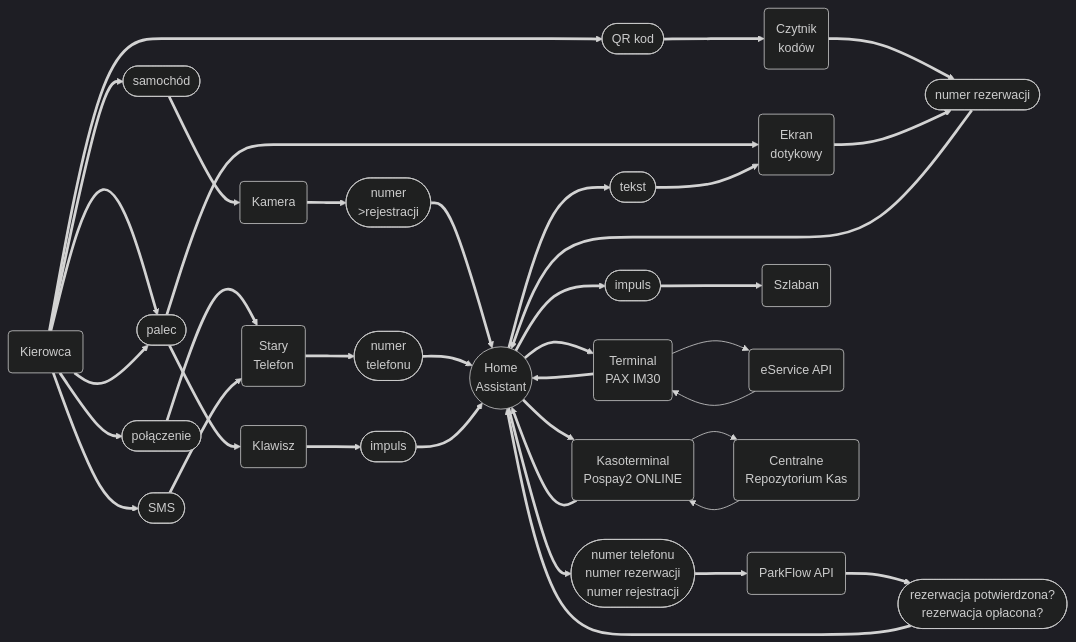
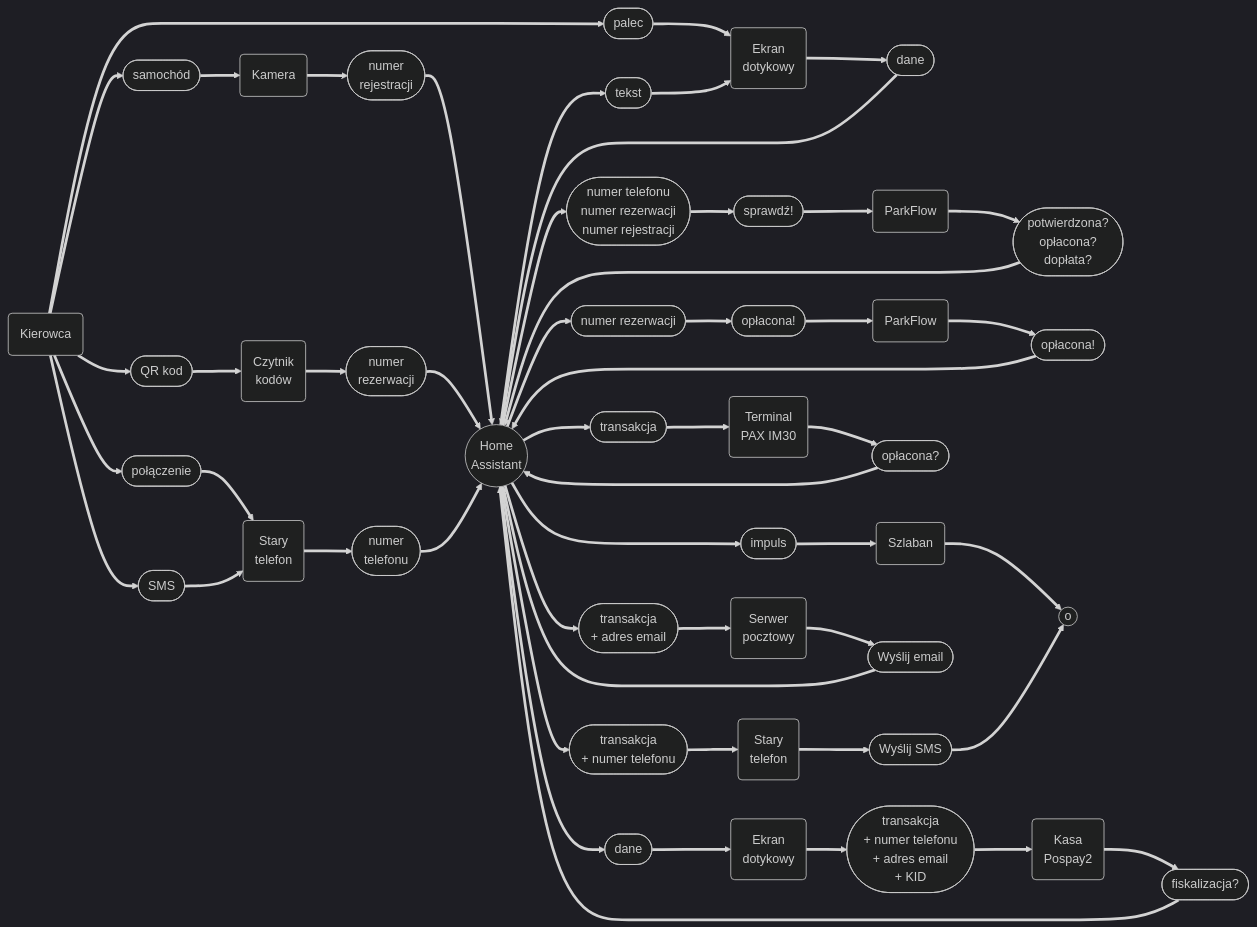
One commit to gaman-pl/park-pal changed the second of 2 diagrams in README.md. Above: the diagram before and after it, drawn with Mermaid (dark theme). The commit also changed other lines of this file, not shown here.

Commit message:
Korekty do szlabanu wjazdowego i rozszerzenie do szlabanu wyjazdowego

````diff
--- a/README.md
+++ b/README.md
@@ -40,26 +43,36 @@
 ```mermaid
 flowchart LR
     actor(Kierowca) ==> eCar([samochód]) ==> iCam(Kamera)
+    iCam ==> ePlate([numer<br />rejestracji]) ==> HA((Home<br />Assistant))
+    
     actor ==> eCode([QR kod]) ==> iQR(Czytnik<br />kodów)
+    iQR ==> eID([numer<br />rezerwacji]) ==> HA
+    
     actor ==> eFinger([palec]) ==> iTS(Ekran<br />dotykowy)
-    actor ==> eFinger ==> iBP(Klawisz)
-    actor ==> ePhone([połączenie]) ==> iPH(Komórka)
-    actor ==> eMess([SMS]) ==> iPH(Stary<br />Telefon)
-    iCam ==> ePlate([numer<br />>rejestracji]) ==> HA((Home<br />Assistant))
-    iQR ==> eID([numer rezerwacji]) ==> HA
-    iTS ==> eID
     HA ==> eReq([tekst]) ==> iTS
+    iTS ==> eText([dane]) ==> HA
+    
+    actor ==> ePhone([połączenie]) ==> iPH(Stary<br />telefon)
+    actor ==> eMess([SMS]) ==> iPH
     iPH ==> ePN([numer<br />telefonu]) ==> HA
-    iBP ==> eTrig1([impuls]) ==> HA
-    HA ==> eDS([numer telefonu<br />numer rezerwacji<br />numer rejestracji]) ==> apiPF(ParkFlow API)
-    apiPF ==> eRS([rezerwacja potwierdzona?<br />rezerwacja opłacona?]) ==> HA
-    HA ==> eTrig2([impuls]) ==> G(Szlaban)
-    HA ==> iTerm(Terminal<br />PAX IM30)
-    iTerm --> apiES(eService API)
-    apiES --> iTerm
-    iTerm ==> HA
-    HA ==> iCash(Kasoterminal<br />Pospay2 ONLINE)
-    iCash --> apiCRK(Centralne<br />Repozytorium Kas)
-    apiCRK --> iCash
-    iCash ==> HA
+    
+    HA ==> eDS1([numer telefonu<br />numer rezerwacji<br />numer rejestracji]) ==> eCom1([sprawdź!]) ==> apiPF(ParkFlow)
+    apiPF ==> eRS([potwierdzona?<br />opłacona?<br />dopłata?]) ==> HA
+
+    HA ==> eDS2([numer rezerwacji]) ==> eCom2([opłacona!]) ==> apiPF2(ParkFlow)
+    apiPF2 ==> eRS2([opłacona!]) ==> HA
+    
+    HA ==> eTrig2([impuls]) ==> G(Szlaban) ==> End((o))
+
+    HA ==> eReq1([transakcja<br />+ numer telefonu]) ==> iPH2(Stary<br />telefon)
+    iPH2 ==> eResp1([Wyślij SMS]) ==> End
+    
+    HA ==> eReq2([transakcja]) ==> iTerm(Terminal<br />PAX IM30)
+    iTerm ==> eResp2([opłacona?]) ==> HA
+    
+    HA ==> eText2([dane]) ==> iTS2(Ekran<br />dotykowy) ==> eReq3([transakcja<br />+ numer telefonu<br />+ adres email<br />+ KID]) ==> iCash(Kasa<br />Pospay2)
+    iCash ==> eResp3([fiskalizacja?]) ==> HA
+    
+    HA ==> eReq4([transakcja<br />+ adres email]) ==> iSMTP(Serwer<br />pocztowy)
+    iSMTP ==> eResp4([Wyślij email]) ==> HA
 ```
````
